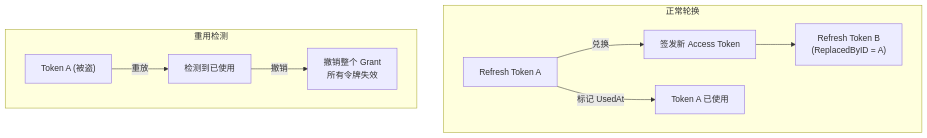
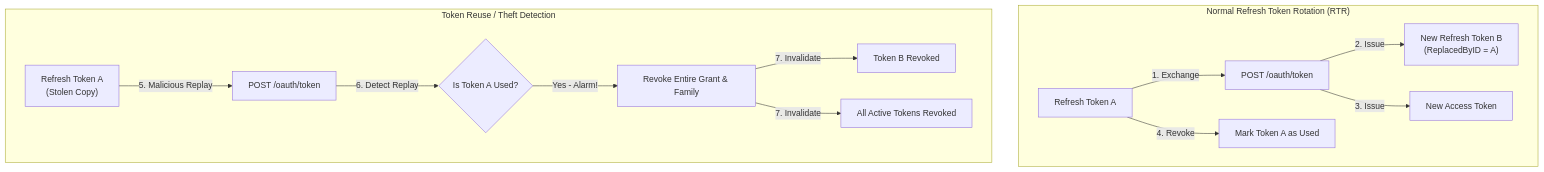
The second of 4 diagrams in README.md (joeyyangcq-sys/lumen-oauth), drawn with Mermaid before and after one commit. The commit also changed other lines of this file and 15 other files, not shown here.

Commit message:
feat: refine authorization flows and clean up telemetry configurations

````diff
--- a/README.md
+++ b/README.md
@@ -68,13 +91,17 @@
 ```mermaid
-graph TB
-    subgraph 正常轮换
-        RT1["Refresh Token A"] -->|兑换| NEW["签发新 Access Token"]
-        RT1 -->|标记 UsedAt| USED["Token A 已使用"]
-        NEW --> RT2["Refresh Token B<br/>(ReplacedByID = A)"]
+graph TD
+    subgraph RTRFlow ["Normal Refresh Token Rotation (RTR)"]
+        RT_A["Refresh Token A"] -->|1. Exchange| Ex["POST /oauth/token"]
+        Ex -->|2. Issue| RT_B["New Refresh Token B<br/>(ReplacedByID = A)"]
+        Ex -->|3. Issue| AT["New Access Token"]
+        RT_A -->|4. Revoke| RT_A_Used["Mark Token A as Used"]
     end
     
-    subgraph 重用检测
-        RT1_STOLEN["Token A (被盗)"] -->|重放| DETECT["检测到已使用"]
-        DETECT -->|撤销| GRANT["撤销整个 Grant<br/>所有令牌失效"]
+    subgraph ReplayDetection ["Token Reuse / Theft Detection"]
+        RT_A_Stolen["Refresh Token A<br/>(Stolen Copy)"] -->|5. Malicious Replay| Ex_Stolen["POST /oauth/token"]
+        Ex_Stolen -->|6. Detect Replay| Detect{"Is Token A Used?"}
+        Detect -->|Yes - Alarm!| RevokeGrant["Revoke Entire Grant & Family"]
+        RevokeGrant -->|7. Invalidate| RT_B_Invalid["Token B Revoked"]
+        RevokeGrant -->|7. Invalidate| ActiveTokens["All Active Tokens Revoked"]
     end
 ```
````
